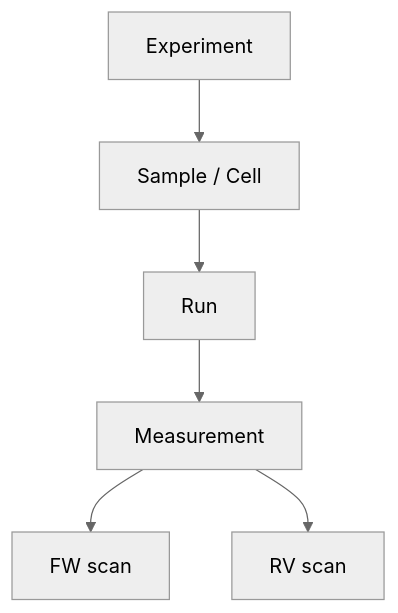
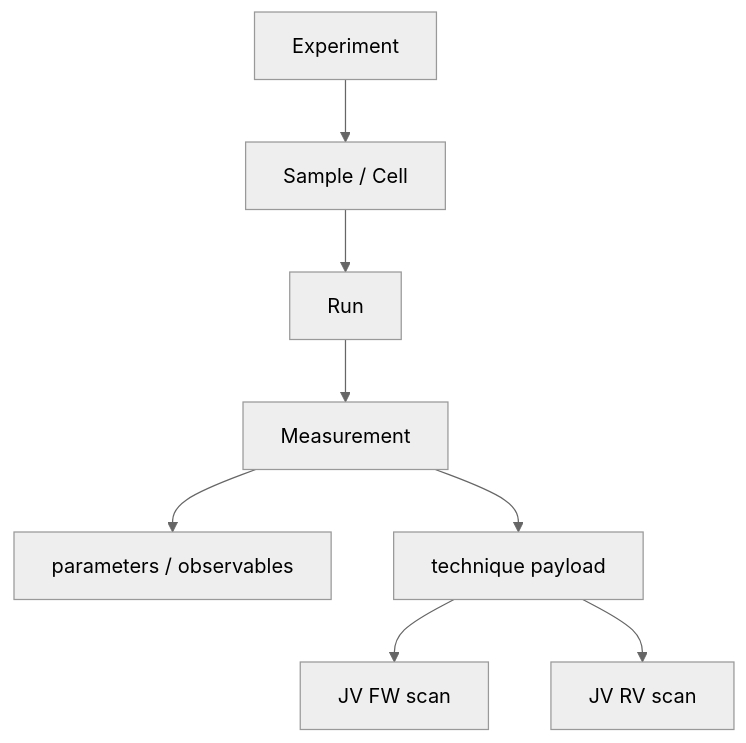
The third of 3 diagrams in docs/specs/DATA_MODEL.md (matginesi/LabFlow), drawn with Mermaid (neutral theme) before and after one commit. The commit also changed other lines of this file and 40 other files, not shown here.

````diff
--- a/docs/specs/DATA_MODEL.md
+++ b/docs/specs/DATA_MODEL.md
@@ -33,8 +54,10 @@
 ```mermaid
 flowchart TD
     E[Experiment] --> S[Sample / Cell]
     S --> R[Run]
     R --> M[Measurement]
-    M --> FW[FW scan]
-    M --> RV[RV scan]
+    M --> Q[parameters / observables]
+    M --> TP[technique payload]
+    TP --> FW[JV FW scan]
+    TP --> RV[JV RV scan]
 ```
````
